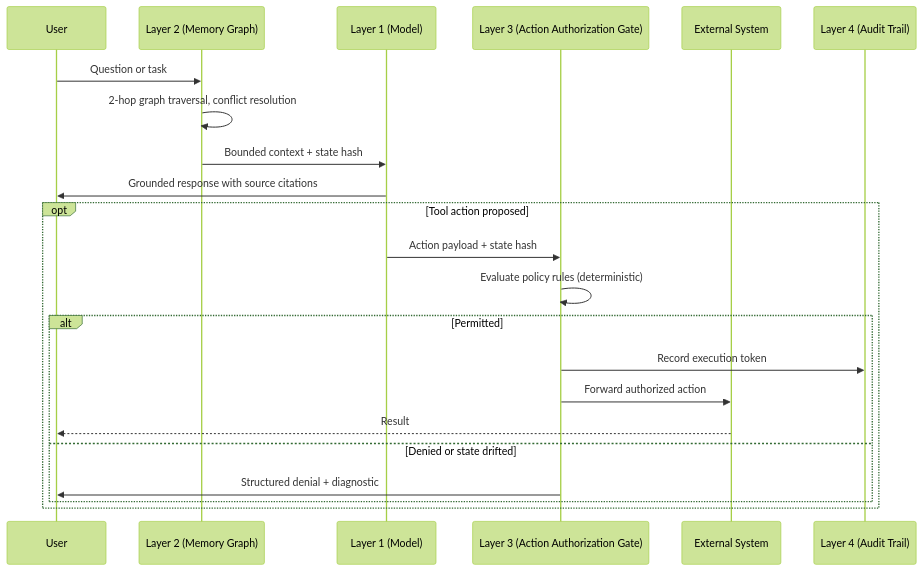
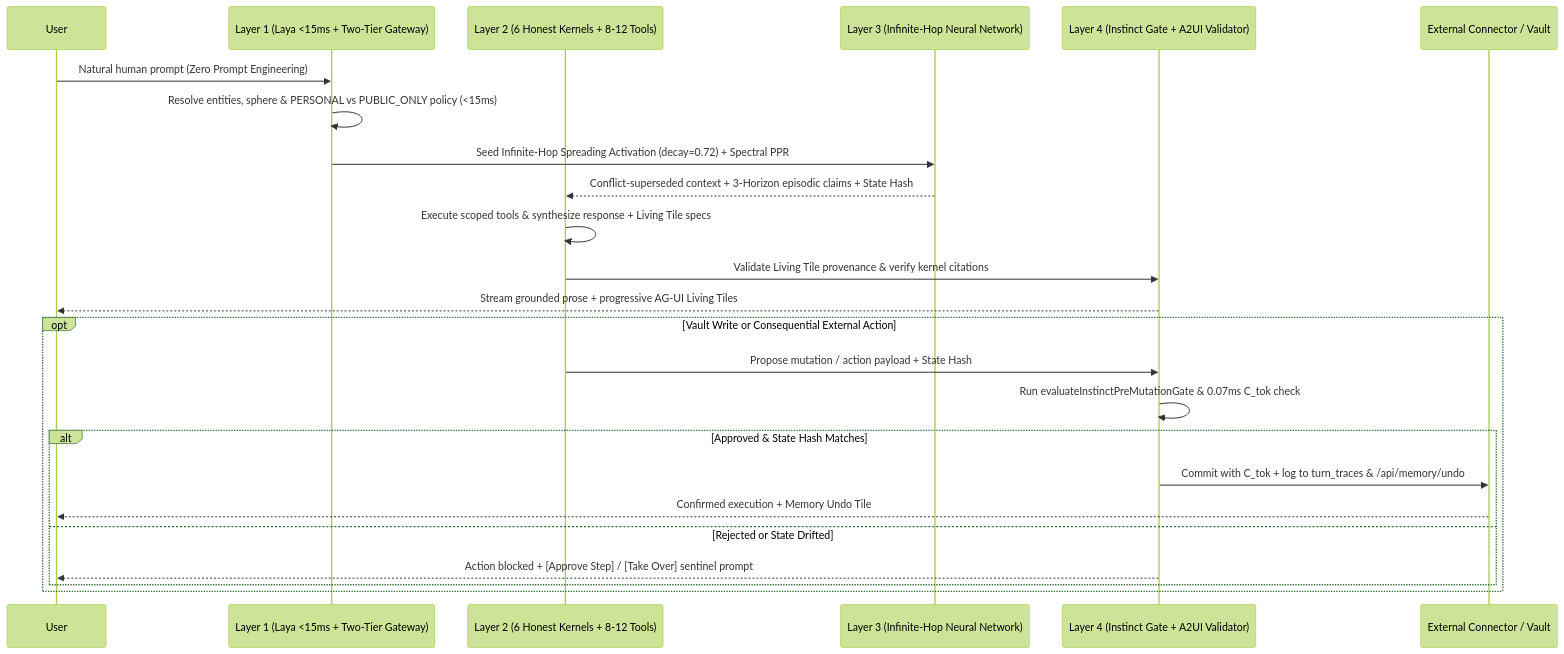
One commit to Richard-Ewing/exogram-protocol-rfc changed the diagram in 0001-exogram-protocol-specification.md. Above: the diagram before and after it, drawn with Mermaid (forest theme). The commit also changed other lines of this file and 15 other files, not shown here.

Commit message:
docs(v5): overhaul RFC-0001..0003 and all 14 spec docs to Master Plan v5, Infinite-Hop Spreading Activation, 6 Honest Kernels, 13 A2UI Living Tiles & Instinct Governance

````diff
--- a/0001-exogram-protocol-specification.md
+++ b/0001-exogram-protocol-specification.md
@@ -113,25 +106,27 @@
 ```mermaid
 sequenceDiagram
     participant User as User
-    participant Memory as Layer 2 (Memory Graph)
-    participant LLM as Layer 1 (Model)
-    participant Gate as Layer 3 (Action Authorization Gate)
-    participant Target as External System
-    participant Ledger as Layer 4 (Audit Trail)
+    participant Laya as Layer 1 (Laya <15ms + Two-Tier Gateway)
+    participant Swarm as Layer 2 (6 Honest Kernels + 8-12 Tools)
+    participant Graph as Layer 3 (Infinite-Hop Neural Network)
+    participant Gate as Layer 4 (Instinct Gate + A2UI Validator)
+    participant Target as External Connector / Vault
 
-    User->>Memory: Question or task
-    Memory->>Memory: 2-hop graph traversal, conflict resolution
-    Memory->>LLM: Bounded context + state hash
-    LLM->>User: Grounded response with source citations
-    opt Tool action proposed
-        LLM->>Gate: Action payload + state hash
-        Gate->>Gate: Evaluate policy rules (deterministic)
-        alt Permitted
-            Gate->>Ledger: Record execution token
-            Gate->>Target: Forward authorized action
-            Target-->>User: Result
-        else Denied or state drifted
-            Gate->>User: Structured denial + diagnostic
+    User->>Laya: Natural human prompt (Zero Prompt Engineering)
+    Laya->>Laya: Resolve entities, sphere & PERSONAL vs PUBLIC_ONLY policy (<15ms)
+    Laya->>Graph: Seed Infinite-Hop Spreading Activation (decay=0.72) + Spectral PPR
+    Graph-->>Swarm: Conflict-superseded context + 3-Horizon episodic claims + State Hash
+    Swarm->>Swarm: Execute scoped tools & synthesize response + Living Tile specs
+    Swarm->>Gate: Validate Living Tile provenance & verify kernel citations
+    Gate-->>User: Stream grounded prose + progressive AG-UI Living Tiles
+    opt Vault Write or Consequential External Action
+        Swarm->>Gate: Propose mutation / action payload + State Hash
+        Gate->>Gate: Run evaluateInstinctPreMutationGate & 0.07ms C_tok check
+        alt Approved & State Hash Matches
+            Gate->>Target: Commit with C_tok + log to turn_traces & /api/memory/undo
+            Target-->>User: Confirmed execution + Memory Undo Tile
+        else Rejected or State Drifted
+            Gate-->>User: Action blocked + [Approve Step] / [Take Over] sentinel prompt
         end
     end
 ```
````
